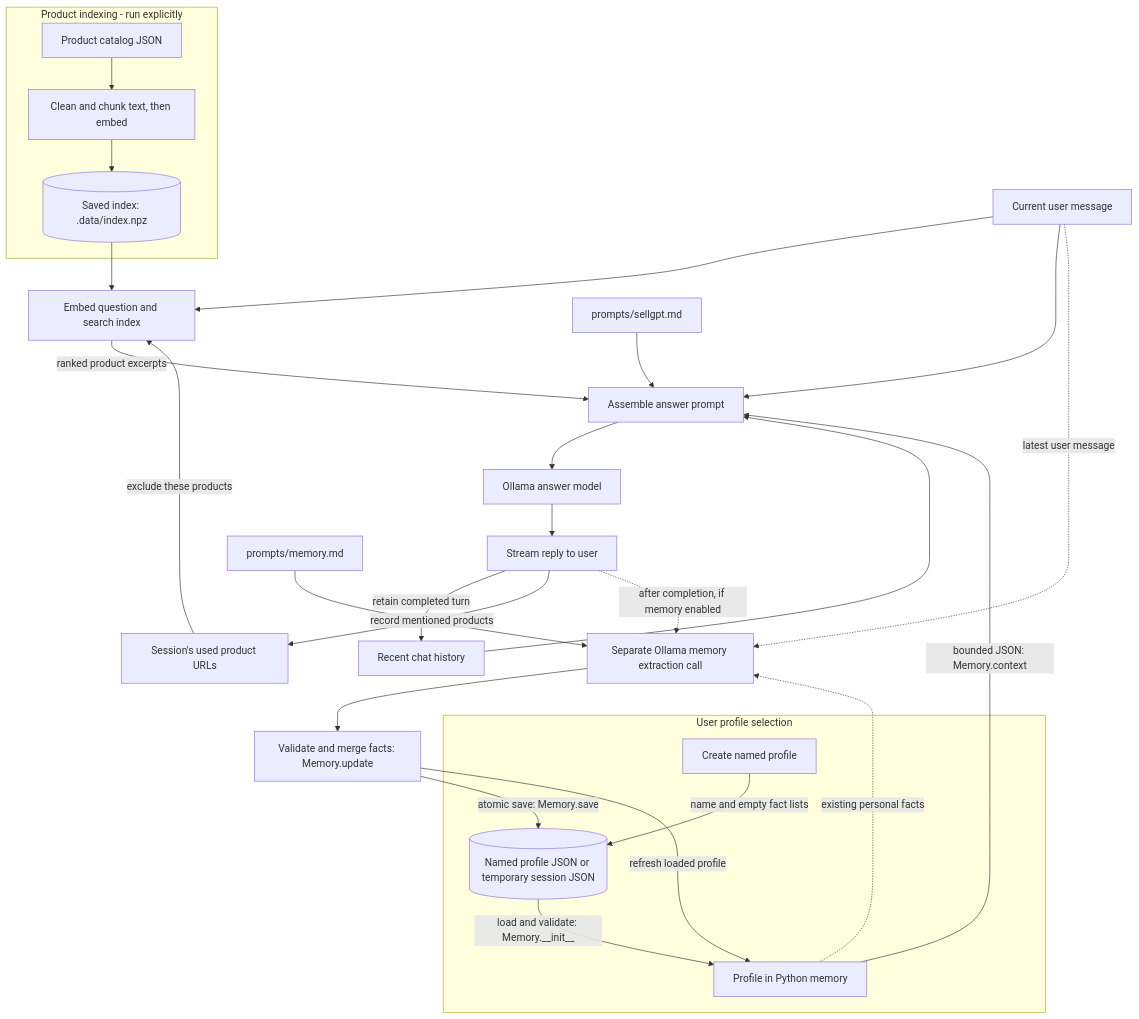
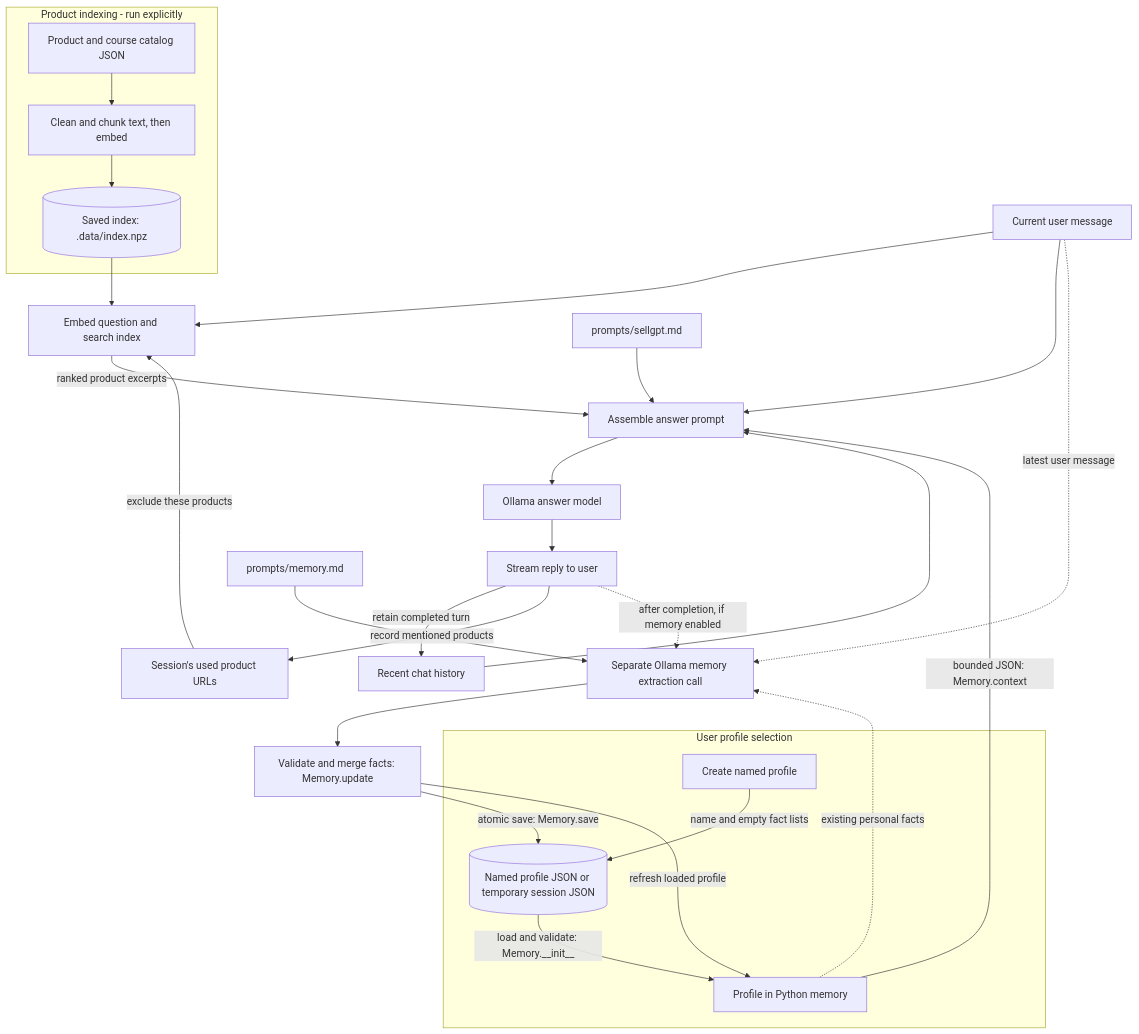
Before and after one commit to TaisiaKozharina/sell_gpt: the diagram in rag/ARCHITECTURE.md, drawn with Mermaid. The commit also changed other lines of this file and 54 other files, not shown here.

````diff
--- a/rag/ARCHITECTURE.md
+++ b/rag/ARCHITECTURE.md
@@ -10,33 +10,33 @@
 ```mermaid
 flowchart TD
     subgraph Setup[Product indexing - run explicitly]
-        Catalog[Product catalog JSON] --> Build[Clean and chunk text, then embed]
+        Catalog[Product and course catalog JSON] --> Build[Clean and chunk text, then embed]
         Build --> Index[(Saved index: .data/index.npz)]
     end
 
     subgraph Profiles[User profile selection]
         Create[Create named profile] -->|name and empty fact lists| File[(Named profile JSON or temporary session JSON)]
         File -->|load and validate: Memory.__init__| Profile[Profile in Python memory]
     end
 
     Question[Current user message] --> Search[Embed question and search index]
     Index --> Search
     Used[Session's used product URLs] -->|exclude these products| Search
     Search -->|ranked product excerpts| Assemble[Assemble answer prompt]
     Question --> Assemble
     Profile -->|bounded JSON: Memory.context| Assemble
     History[Recent chat history] --> Assemble
     Prompt[prompts/sellgpt.md] --> Assemble
     Assemble --> Generate[Ollama answer model]
     Generate --> Reply[Stream reply to user]
     Reply -->|retain completed turn| History
     Reply -->|record mentioned products| Used
 
     Reply -.->|after completion, if memory enabled| Extract[Separate Ollama memory extraction call]
     Question -.->|latest user message| Extract
     Profile -.->|existing personal facts| Extract
     MemoryPrompt[prompts/memory.md] --> Extract
     Extract --> Merge[Validate and merge facts: Memory.update]
     Merge -->|atomic save: Memory.save| File
     Merge -->|refresh loaded profile| Profile
 ```
````
